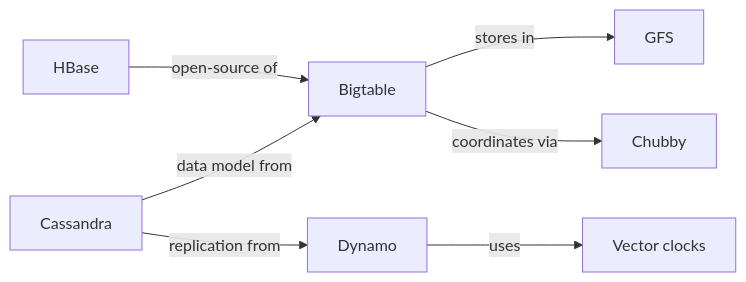
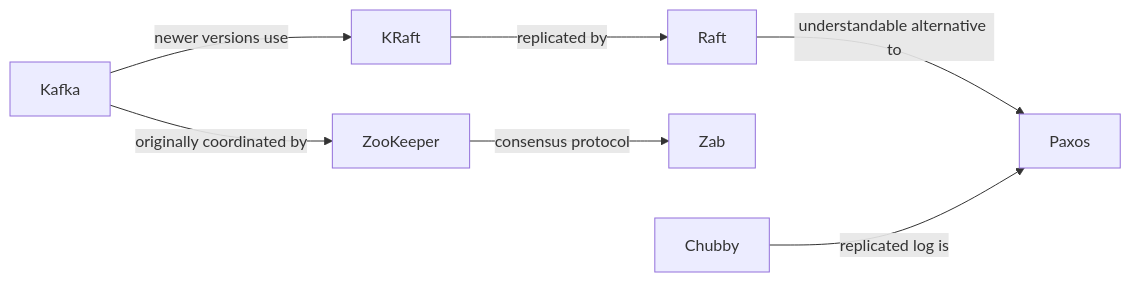
The second of 2 diagrams in frontend/content/graph-rag.mdx (HImeshSankhala/RAG-Techniques), drawn with Mermaid before and after one commit. The commit also changed other lines of this file and 6 other files, not shown here.

````diff
--- a/frontend/content/graph-rag.mdx
+++ b/frontend/content/graph-rag.mdx
@@ -44,9 +72,9 @@
 ```mermaid
 flowchart LR
-  CAS[Cassandra] -->|data model from| BT[Bigtable]
-  CAS -->|replication from| DY[Dynamo]
-  HB[HBase] -->|open-source of| BT
-  BT -->|stores in| GFS[GFS]
-  BT -->|coordinates via| CH[Chubby]
-  DY -->|uses| VC[Vector clocks]
+  KAF[Kafka] -->|originally coordinated by| ZK[ZooKeeper]
+  KAF -->|newer versions use| KR[KRaft]
+  KR -->|replicated by| RA[Raft]
+  RA -->|understandable alternative to| PX[Paxos]
+  ZK -->|consensus protocol| ZAB[Zab]
+  CH[Chubby] -->|replicated log is| PX
 ```
````
